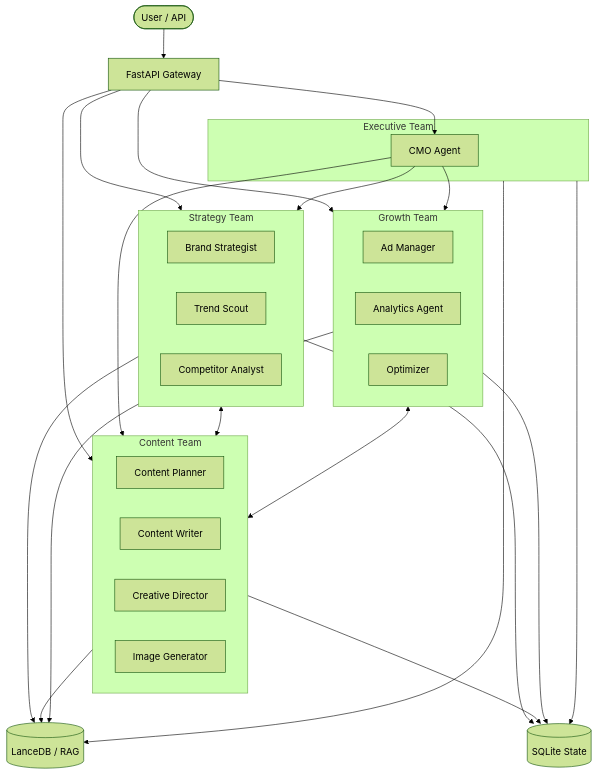
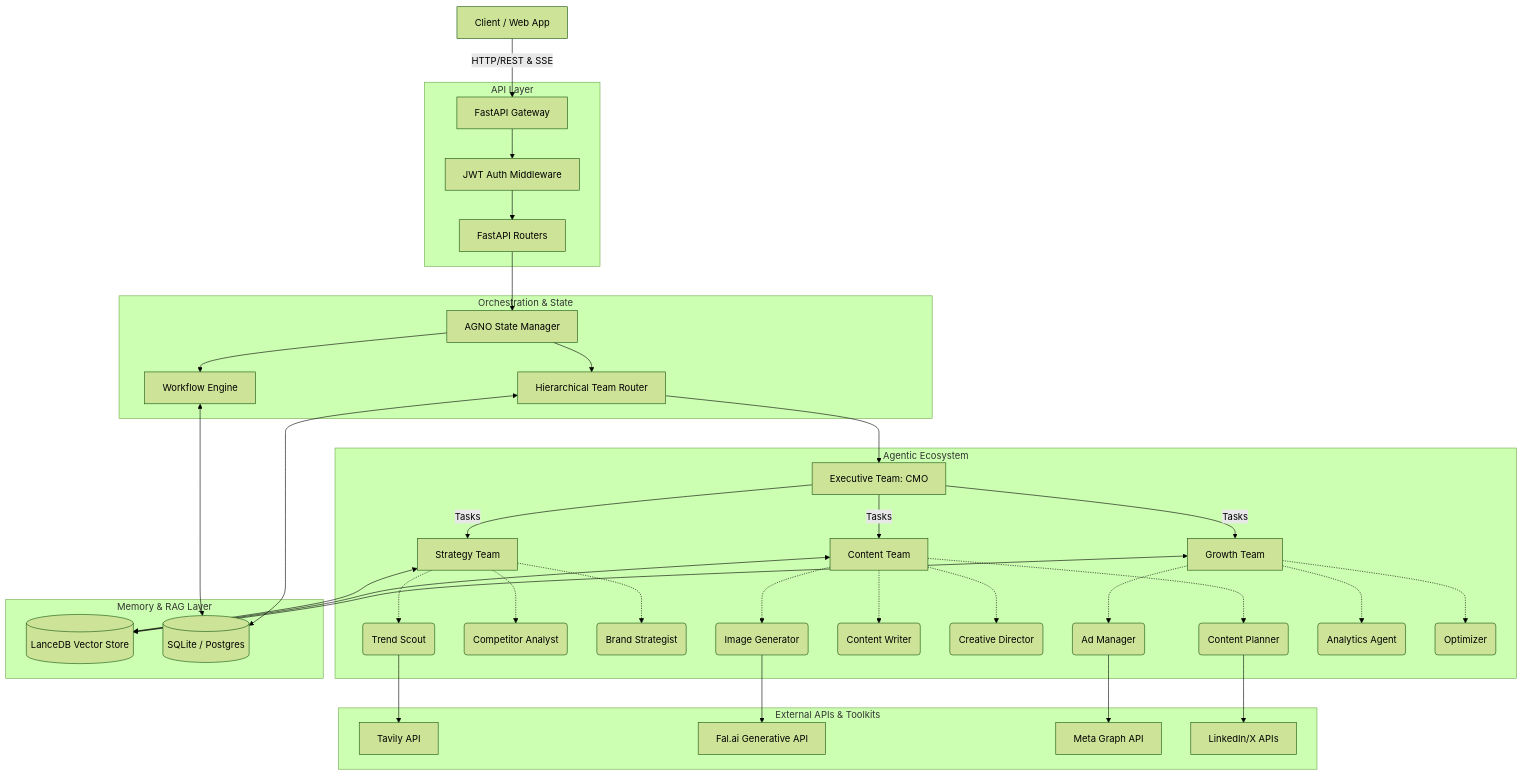
Before and after one commit to larabiislem/gomycode_hackathon: the first of 2 diagrams in README.md, drawn with Mermaid (forest theme). The commit also changed other lines of this file and 1 other file, not shown here.

````diff
--- a/README.md
+++ b/README.md
@@ -15,52 +37,49 @@
 ```mermaid
 graph TD
-    User([User / API]) --> API[FastAPI Gateway]
+    %% External Interfaces
+    Client[Client / Web App] -->|HTTP/REST & SSE| API[FastAPI Gateway]
     
-    subgraph ExecutiveTeam [Executive Team]
-        CMO[CMO Agent]
+    %% API & Middleware
+    subgraph API Layer
+        API --> Auth[JWT Auth Middleware]
+        Auth --> Routers[FastAPI Routers]
     end
-    
-    subgraph StrategyTeam [Strategy Team]
-        Strat[Brand Strategist]
-        Trend[Trend Scout]
-        Comp[Competitor Analyst]
+
+    %% State & Orchestration
+    subgraph Orchestration & State
+        Routers --> StateManager[AGNO State Manager]
+        StateManager --> Workflows[Workflow Engine]
+        StateManager --> TeamRouter[Hierarchical Team Router]
     end
-    
-    subgraph ContentTeam [Content Team]
-        Plan[Content Planner]
-        Write[Content Writer]
-        CD[Creative Director]
-        Img[Image Generator]
+
+    %% Agentic Core
+    subgraph Agentic Ecosystem
+        TeamRouter --> ExecTeam[Executive Team: CMO]
+        
+        ExecTeam -->|Tasks| StratTeam[Strategy Team]
+        ExecTeam -->|Tasks| ContTeam[Content Team]
+        ExecTeam -->|Tasks| GrowthTeam[Growth Team]
+        
+        StratTeam -.-> A1(Trend Scout) & A2(Competitor Analyst) & A3(Brand Strategist)
+        ContTeam -.-> B1(Content Planner) & B2(Content Writer) & B3(Creative Director) & B4(Image Generator)
+        GrowthTeam -.-> C1(Ad Manager) & C2(Analytics Agent) & C3(Optimizer)
     end
-    
-    subgraph GrowthTeam [Growth Team]
-        Ads[Ad Manager]
-        Analytics[Analytics Agent]
-        Opt[Optimizer]
+
+    %% Memory Infrastructure
+    subgraph Memory & RAG Layer
+        StratTeam <--> LanceDB[(LanceDB Vector Store)]
+        ContTeam <--> LanceDB
+        GrowthTeam <--> LanceDB
+        
+        Workflows <--> RelationalDB[(SQLite / Postgres)]
+        TeamRouter <--> RelationalDB
     end
-    
-    API --> CMO
-    API --> StrategyTeam
-    API --> ContentTeam
-    API --> GrowthTeam
-    
-    CMO --> StrategyTeam
-    CMO --> GrowthTeam
-    CMO --> ContentTeam
-    
-    StrategyTeam <--> ContentTeam
-    GrowthTeam <--> ContentTeam
-    
-    KnowledgeBase[(LanceDB / RAG)]
-    DB[(SQLite State)]
-    
-    StrategyTeam --> KnowledgeBase
-    ContentTeam --> KnowledgeBase
-    GrowthTeam --> KnowledgeBase
-    ExecutiveTeam --> KnowledgeBase
-    
-    StrategyTeam --> DB
-    ContentTeam --> DB
-    GrowthTeam --> DB
-    ExecutiveTeam --> DB
+
+    %% External Tools
+    subgraph External APIs & Toolkits
+        A1 --> Tavily[Tavily API]
+        B4 --> FalAI[Fal.ai Generative API]
+        C1 --> MetaAds[Meta Graph API]
+        B1 --> Social[LinkedIn/X APIs]
+    end
 ```
````
